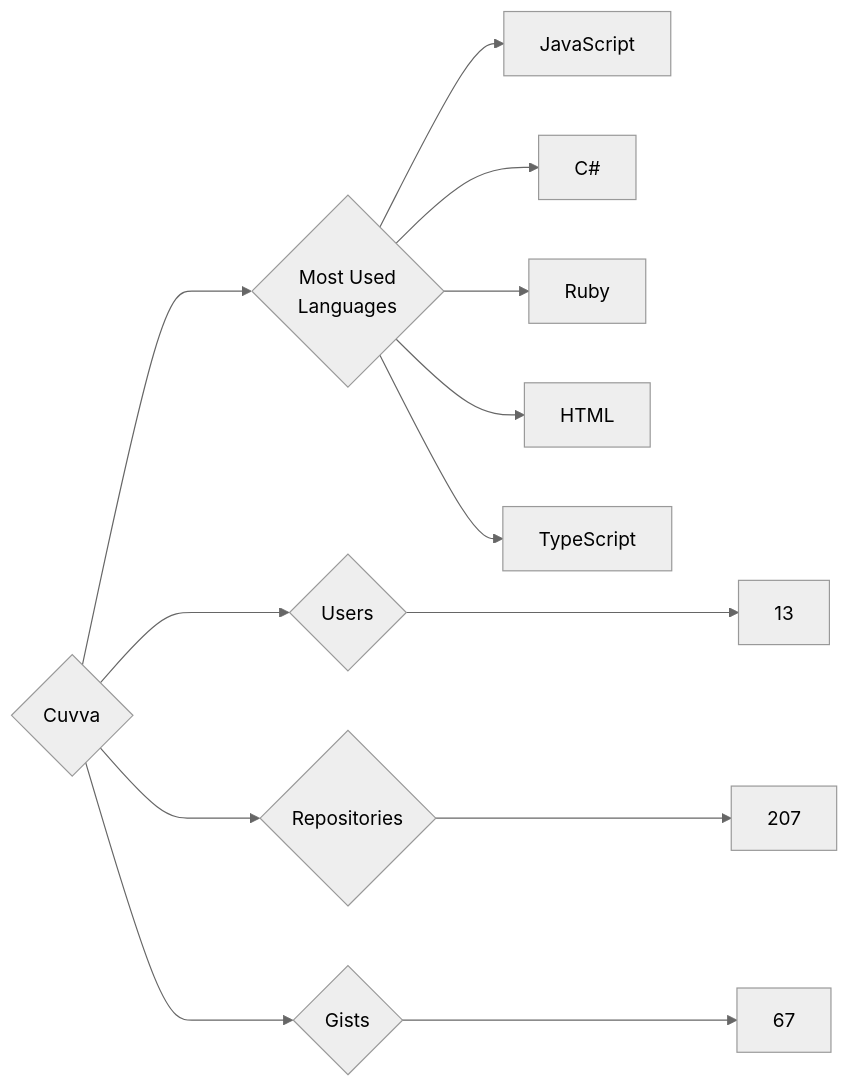
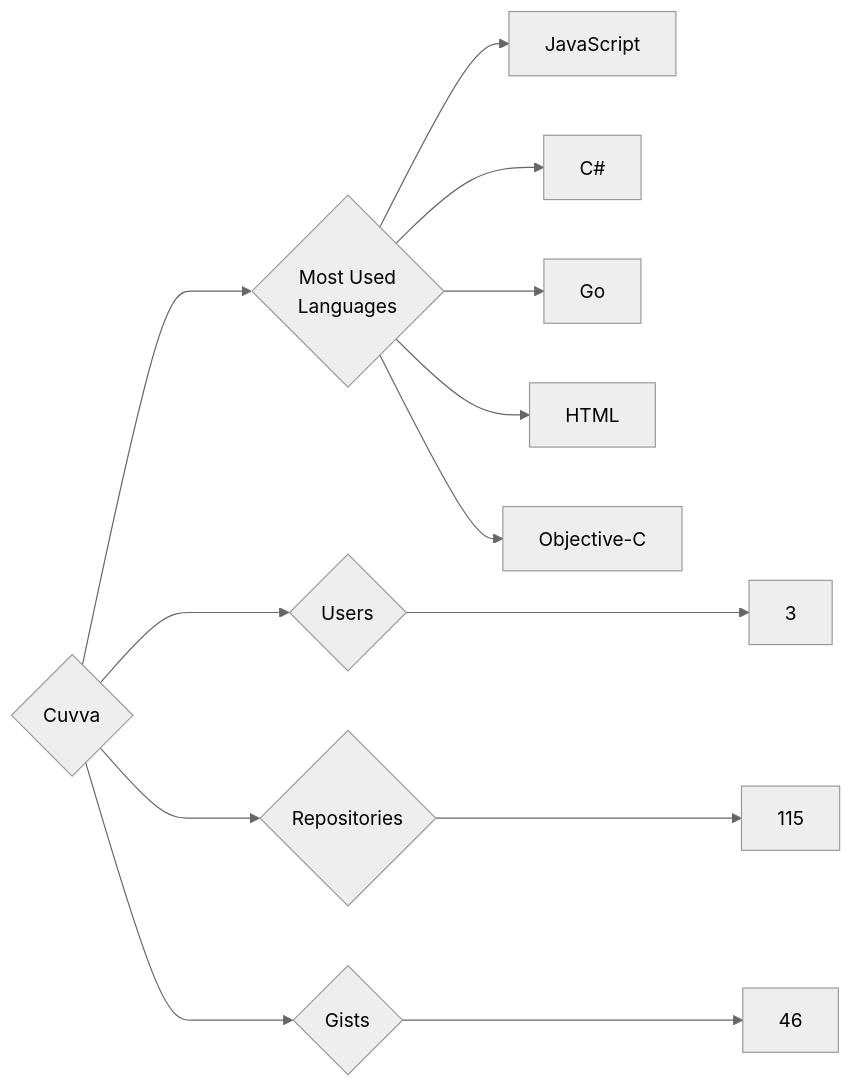
Before and after one commit to trickest/insiders: the diagram in targets/Cuvva/README.md, drawn with Mermaid (neutral theme). The commit also changed 944 other files, not shown here.

````diff
--- a/targets/Cuvva/README.md
+++ b/targets/Cuvva/README.md
@@ -3,13 +3,13 @@
 ```mermaid
 graph LR
 COMPANY_NAME{Cuvva}
-COMPANY_NAME ---> U{Users} ---> UN[13]
-COMPANY_NAME ---> R{Repositories} ---> RN[207]
-COMPANY_NAME ---> G{Gists} ---> GN[67]
+COMPANY_NAME ---> U{Users} ---> UN[3]
+COMPANY_NAME ---> R{Repositories} ---> RN[115]
+COMPANY_NAME ---> G{Gists} ---> GN[46]
 COMPANY_NAME ---> ML{Most Used<br>Languages}
 ML --> JavaScript[JavaScript]
 ML --> C#[C#]
-ML --> Ruby[Ruby]
+ML --> Go[Go]
 ML --> HTML[HTML]
-ML --> TypeScript[TypeScript]
+ML --> Objective-C[Objective-C]
 ```
````
